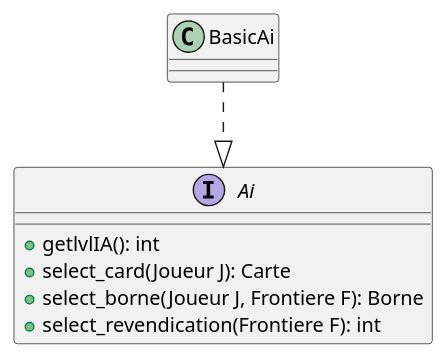
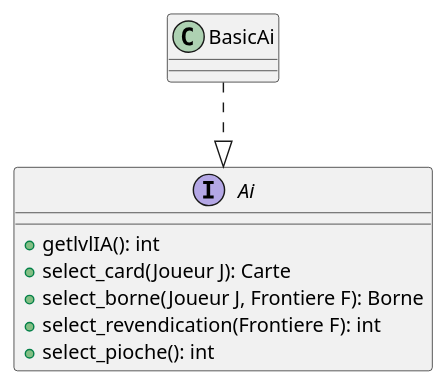
Before and after one commit to Pagatok/pg220: the diagram in src/diagrams/ai.puml, drawn with PlantUML. The commit also changed 12 other files, not shown here.

Commit message:
- Mise à jour des diagrammes de classes - Mise au propre de Borne.java

```diff
--- a/src/diagrams/ai.puml
+++ b/src/diagrams/ai.puml
@@ -1,15 +1,16 @@
 @startuml ai
 
 interface Ai{
 	+ getlvlIA(): int
 	+ select_card(Joueur J): Carte
 	+ select_borne(Joueur J, Frontiere F): Borne
 	+ select_revendication(Frontiere F): int
+	+ select_pioche(): int
 }
 
 class BasicAi{
 }
 
 BasicAi ..|> Ai
 
 @enduml
```
